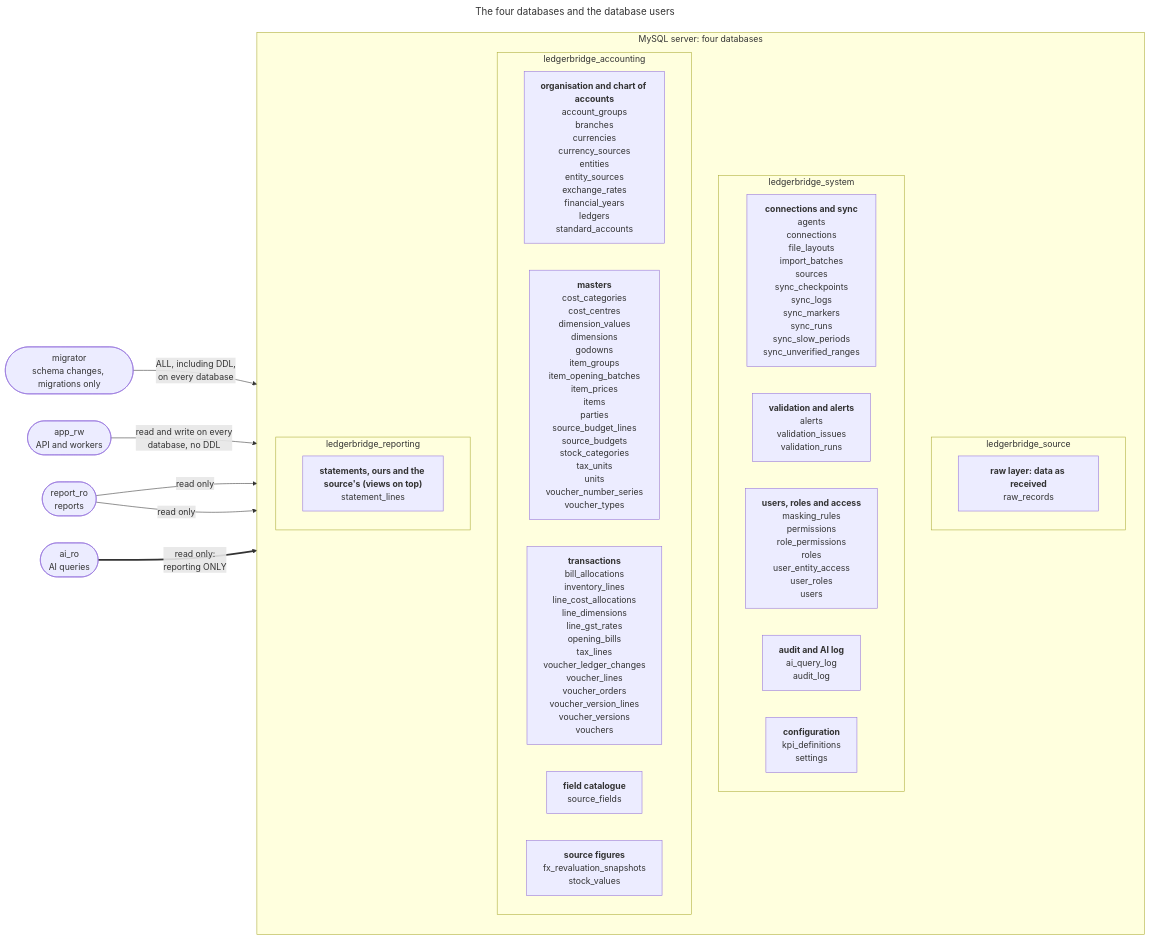
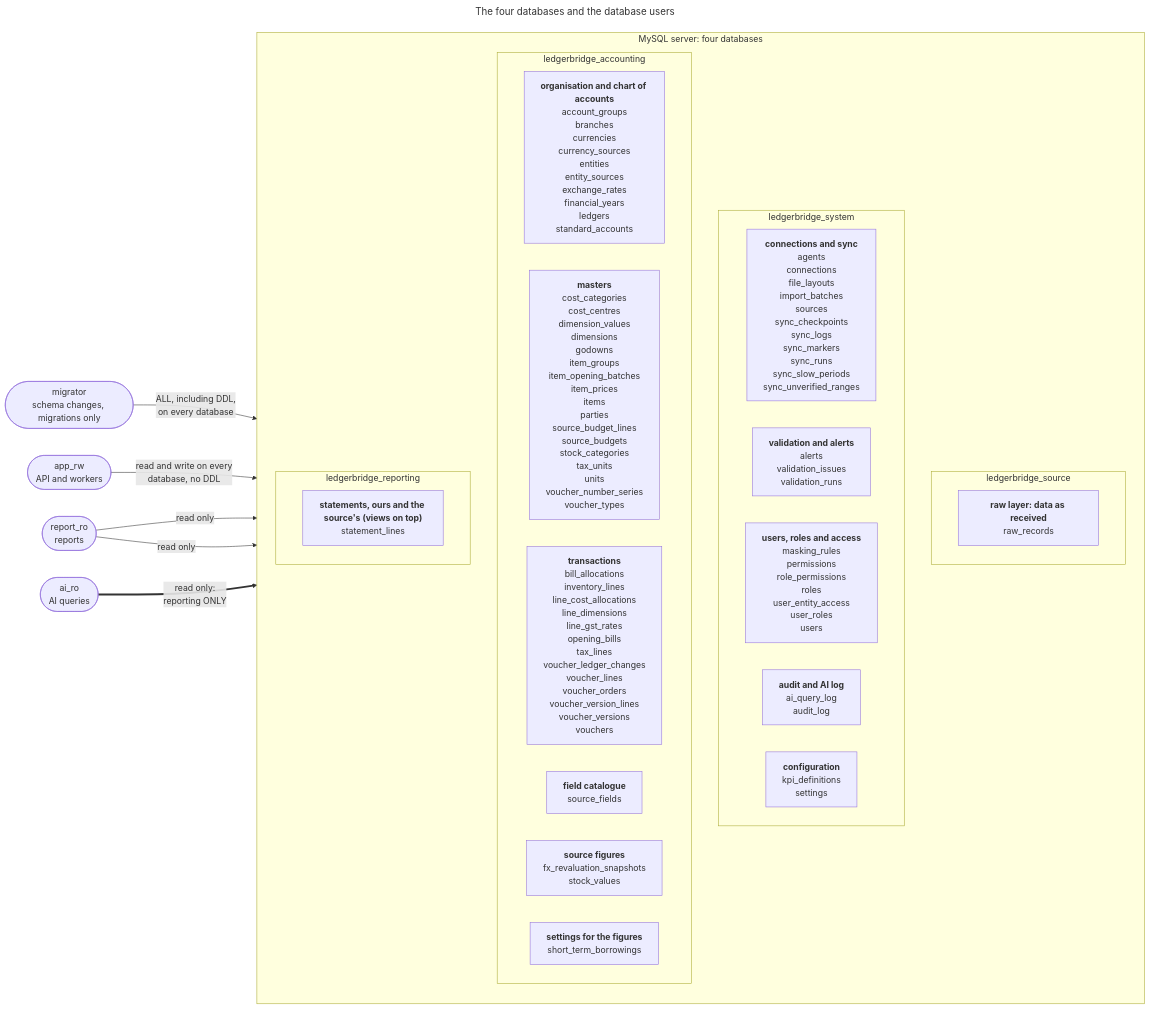
Before and after one commit to empirical-logic-2026/ledgerbridge: the diagram in docs/diagrams/schema-databases.mmd, drawn with Mermaid. The commit also changed 30 other files, not shown here.

```diff
--- a/docs/diagrams/schema-databases.mmd
+++ b/docs/diagrams/schema-databases.mmd
@@ -1,38 +1,39 @@
 ---
 title: "The four databases and the database users"
 ---
 %% Generated by `python -m devtools.diagrams` from core/models: don't edit by hand.
 flowchart LR
     migrator(["migrator<br/>schema changes, migrations only"])
     app_rw(["app_rw<br/>API and workers"])
     report_ro(["report_ro<br/>reports"])
     ai_ro(["ai_ro<br/>AI queries"])
     subgraph mysql["MySQL server: four databases"]
     direction TB
     subgraph ledgerbridge_source["ledgerbridge_source"]
         ledgerbridge_source_1["<b>raw layer: data as received</b><br/>raw_records"]
     end
     subgraph ledgerbridge_system["ledgerbridge_system"]
         ledgerbridge_system_1["<b>connections and sync</b><br/>agents<br/>connections<br/>file_layouts<br/>import_batches<br/>sources<br/>sync_checkpoints<br/>sync_logs<br/>sync_markers<br/>sync_runs<br/>sync_slow_periods<br/>sync_unverified_ranges"]
         ledgerbridge_system_2["<b>validation and alerts</b><br/>alerts<br/>validation_issues<br/>validation_runs"]
         ledgerbridge_system_3["<b>users, roles and access</b><br/>masking_rules<br/>permissions<br/>role_permissions<br/>roles<br/>user_entity_access<br/>user_roles<br/>users"]
         ledgerbridge_system_4["<b>audit and AI log</b><br/>ai_query_log<br/>audit_log"]
         ledgerbridge_system_5["<b>configuration</b><br/>kpi_definitions<br/>settings"]
     end
     subgraph ledgerbridge_accounting["ledgerbridge_accounting"]
         ledgerbridge_accounting_1["<b>organisation and chart of accounts</b><br/>account_groups<br/>branches<br/>currencies<br/>currency_sources<br/>entities<br/>entity_sources<br/>exchange_rates<br/>financial_years<br/>ledgers<br/>standard_accounts"]
         ledgerbridge_accounting_2["<b>masters</b><br/>cost_categories<br/>cost_centres<br/>dimension_values<br/>dimensions<br/>godowns<br/>item_groups<br/>item_opening_batches<br/>item_prices<br/>items<br/>parties<br/>source_budget_lines<br/>source_budgets<br/>stock_categories<br/>tax_units<br/>units<br/>voucher_number_series<br/>voucher_types"]
         ledgerbridge_accounting_3["<b>transactions</b><br/>bill_allocations<br/>inventory_lines<br/>line_cost_allocations<br/>line_dimensions<br/>line_gst_rates<br/>opening_bills<br/>tax_lines<br/>voucher_ledger_changes<br/>voucher_lines<br/>voucher_orders<br/>voucher_version_lines<br/>voucher_versions<br/>vouchers"]
         ledgerbridge_accounting_4["<b>field catalogue</b><br/>source_fields"]
         ledgerbridge_accounting_5["<b>source figures</b><br/>fx_revaluation_snapshots<br/>stock_values"]
+        ledgerbridge_accounting_6["<b>settings for the figures</b><br/>short_term_borrowings"]
     end
     subgraph ledgerbridge_reporting["ledgerbridge_reporting"]
         ledgerbridge_reporting_1["<b>statements, ours and the source's (views on top)</b><br/>statement_lines"]
     end
     end
     migrator -->|"ALL, including DDL,<br/>on every database"| mysql
     app_rw -->|"read and write on every<br/>database, no DDL"| mysql
     report_ro -->|"read only"| ledgerbridge_accounting
     report_ro -->|"read only"| ledgerbridge_reporting
     ai_ro ==>|"read only:<br/>reporting ONLY"| ledgerbridge_reporting
     classDef planned fill:#f3f4f6,stroke:#9ca3af,stroke-dasharray:5 5,color:#4b5563
```
